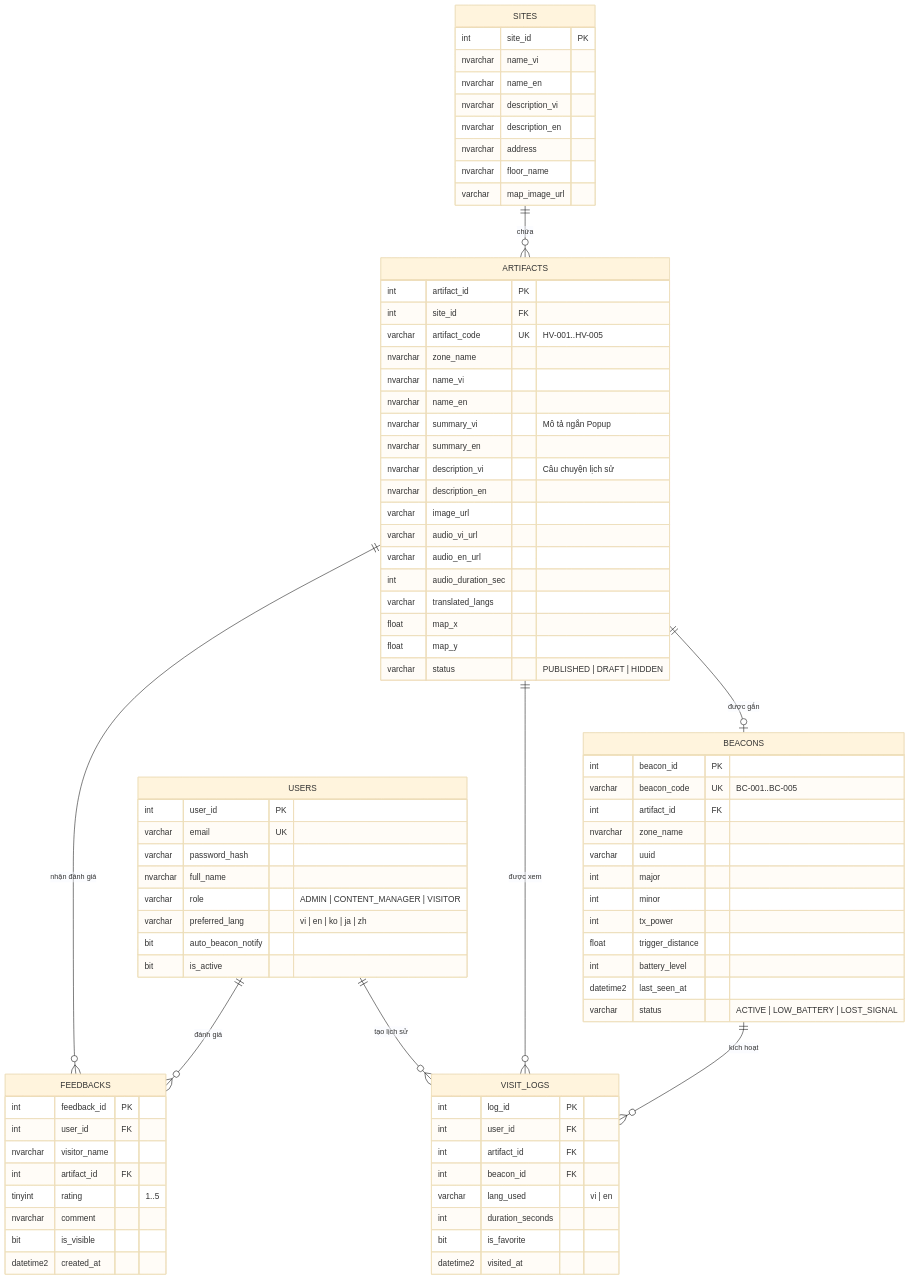
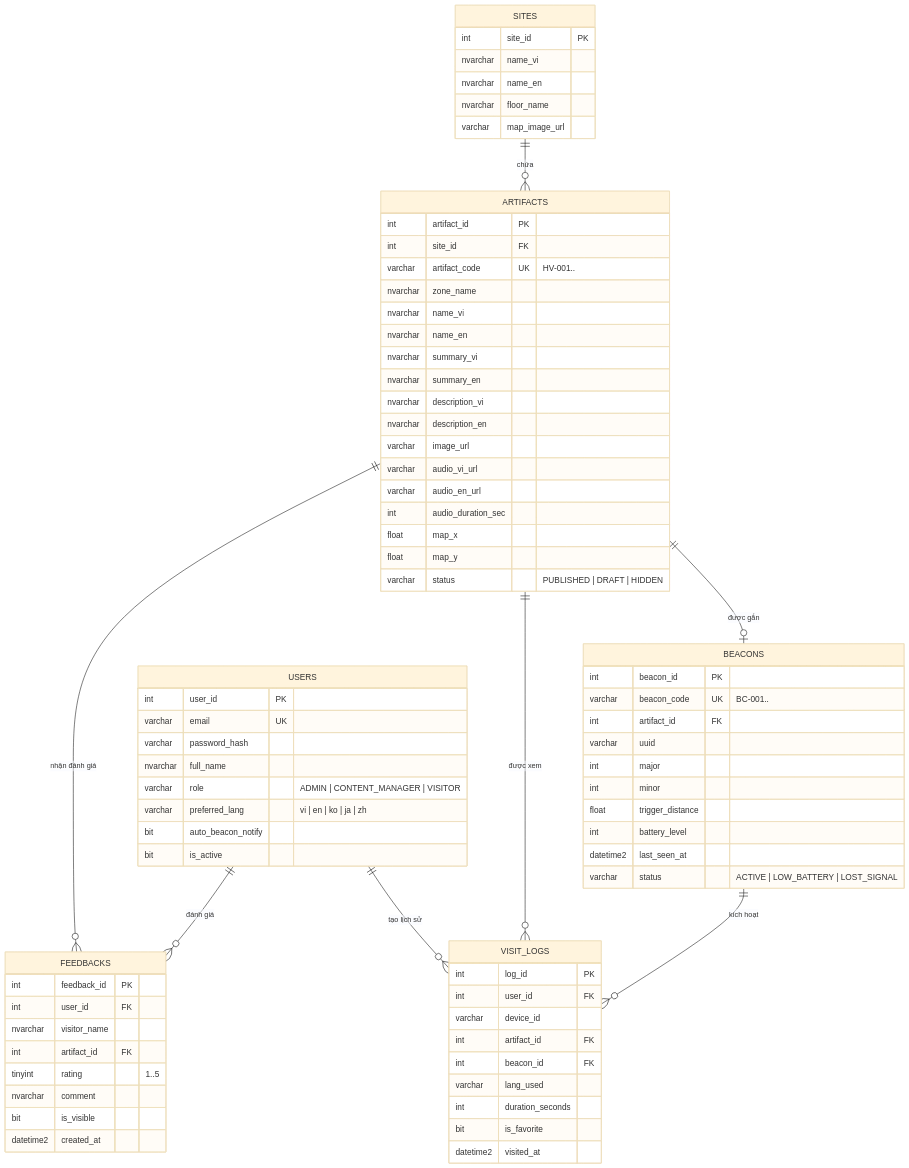
One commit to KhiemPham1512/HQTCSDL changed the third of 4 diagrams in README.md. Above: the diagram before and after it, drawn with Mermaid (base theme). The commit also changed other lines of this file, not shown here.

```diff
--- a/README.md
+++ b/README.md
@@ -194,41 +192,35 @@
         int site_id PK
         nvarchar name_vi
         nvarchar name_en
-        nvarchar description_vi
-        nvarchar description_en
-        nvarchar address
         nvarchar floor_name
         varchar map_image_url
     }
     ARTIFACTS {
         int artifact_id PK
         int site_id FK
-        varchar artifact_code UK "HV-001..HV-005"
+        varchar artifact_code UK "HV-001.."
         nvarchar zone_name
         nvarchar name_vi
         nvarchar name_en
-        nvarchar summary_vi "Mô tả ngắn Popup"
+        nvarchar summary_vi
         nvarchar summary_en
-        nvarchar description_vi "Câu chuyện lịch sử"
+        nvarchar description_vi
         nvarchar description_en
         varchar image_url
         varchar audio_vi_url
         varchar audio_en_url
         int audio_duration_sec
-        varchar translated_langs
         float map_x
         float map_y
         varchar status "PUBLISHED | DRAFT | HIDDEN"
     }
     BEACONS {
         int beacon_id PK
-        varchar beacon_code UK "BC-001..BC-005"
+        varchar beacon_code UK "BC-001.."
         int artifact_id FK
-        nvarchar zone_name
         varchar uuid
         int major
         int minor
-        int tx_power
         float trigger_distance
         int battery_level
         datetime2 last_seen_at
@@ -237,9 +229,10 @@
     VISIT_LOGS {
         int log_id PK
         int user_id FK
+        varchar device_id
         int artifact_id FK
         int beacon_id FK
-        varchar lang_used "vi | en"
+        varchar lang_used
         int duration_seconds
         bit is_favorite
         datetime2 visited_at
```
